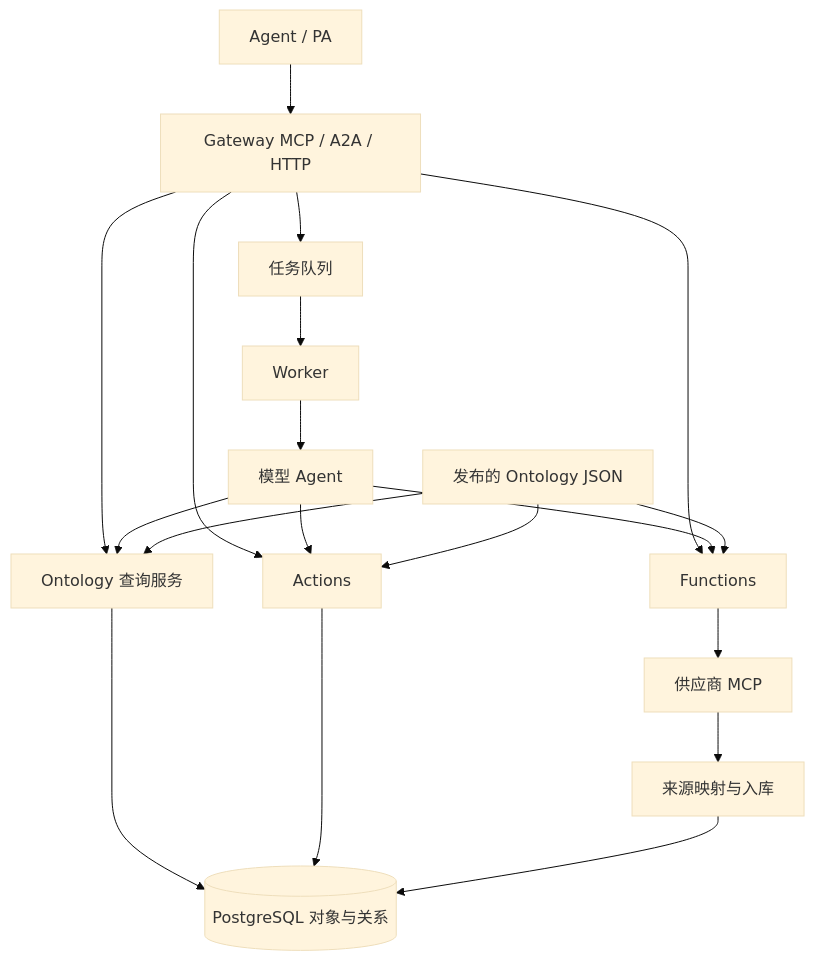
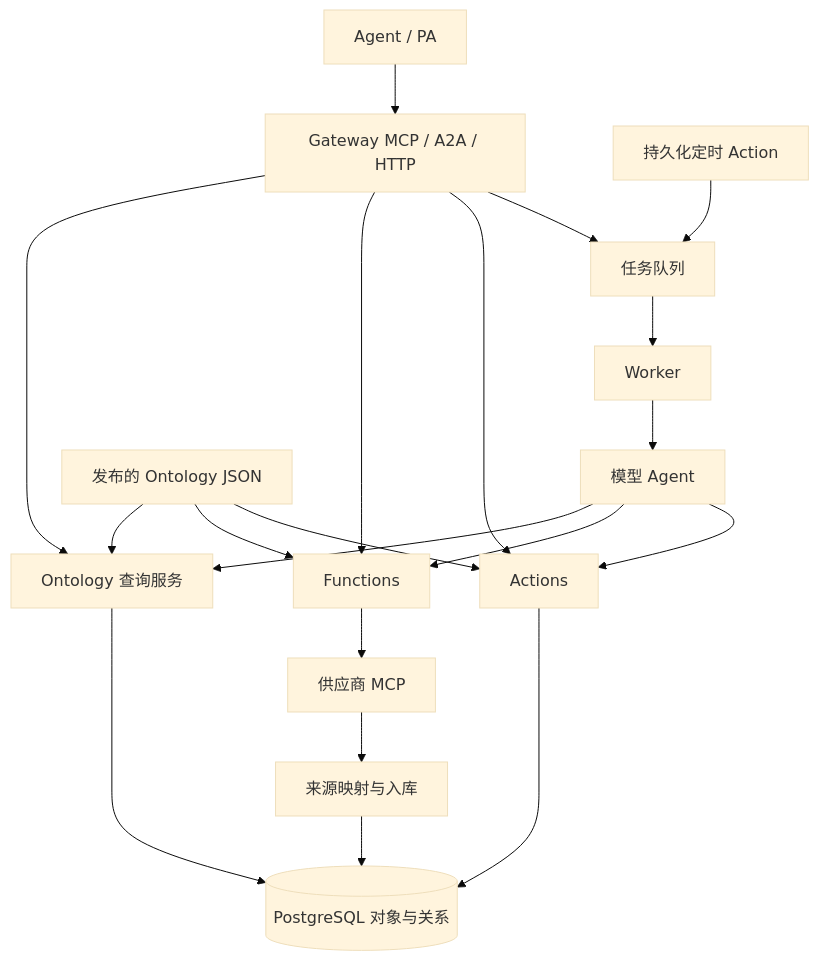
One commit to proerror77/eigos changed the first of 2 diagrams in docs/architecture/ontology.md. Above: the diagram before and after it, drawn with Mermaid (base theme). The commit also changed other lines of this file and 48 other files, not shown here.

````diff
--- a/docs/architecture/ontology.md
+++ b/docs/architecture/ontology.md
@@ -21,21 +21,22 @@
 ```mermaid
 flowchart TD
     Agent[Agent / PA] --> Gateway[Gateway MCP / A2A / HTTP]
     Gateway --> Query[Ontology 查询服务]
     Gateway --> Function[Functions]
     Gateway --> Action[Actions]
     Gateway --> Task[任务队列]
     Task --> Worker[Worker]
+    Schedule[持久化定时 Action] --> Task
     Worker --> Model[模型 Agent]
     Model --> Query
     Model --> Function
     Model --> Action
     Definition[发布的 Ontology JSON] --> Query
     Definition --> Function
     Definition --> Action
     Function --> Provider[供应商 MCP]
     Provider --> Ingest[来源映射与入库]
     Query --> DB[(PostgreSQL 对象与关系)]
     Action --> DB
     Ingest --> DB
 ```
````
